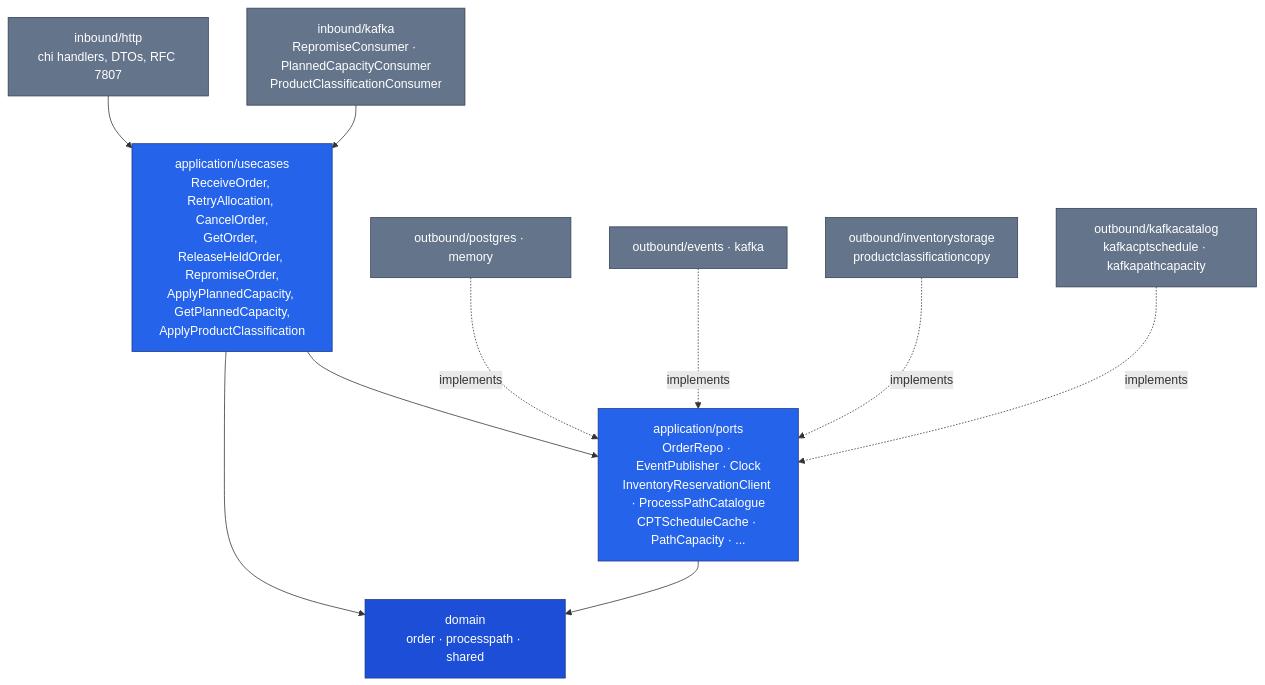
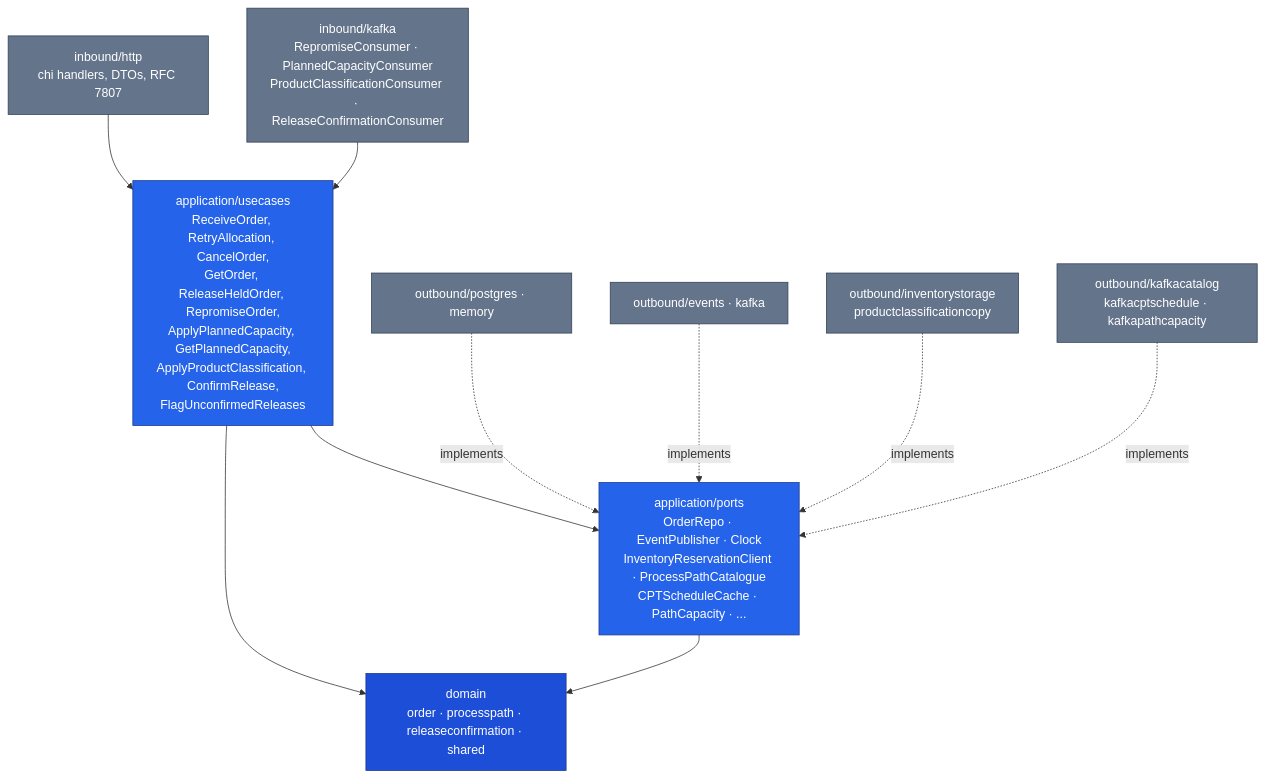
The first of 2 diagrams in docs/docs/overview/architecture.md (IQVO/order-management), drawn with Mermaid before and after one commit. The commit also changed other lines of this file and 22 other files, not shown here.

First line of the commit message:
docs: release confirmation loop (ADR 0043) in the runbook, configuration, integration, README and DDD pages

````diff
--- a/docs/docs/overview/architecture.md
+++ b/docs/docs/overview/architecture.md
@@ -79,29 +87,29 @@
 ```mermaid
 flowchart TB
   HTTP["inbound/http<br/>chi handlers, DTOs, RFC 7807"]
-  KIN["inbound/kafka<br/>RepromiseConsumer · PlannedCapacityConsumer<br/>ProductClassificationConsumer"]
-  UC["application/usecases<br/>ReceiveOrder, RetryAllocation, CancelOrder,<br/>GetOrder, ReleaseHeldOrder, RepromiseOrder,<br/>ApplyPlannedCapacity, GetPlannedCapacity,<br/>ApplyProductClassification"]
+  KIN["inbound/kafka<br/>RepromiseConsumer · PlannedCapacityConsumer<br/>ProductClassificationConsumer · ReleaseConfirmationConsumer"]
+  UC["application/usecases<br/>ReceiveOrder, RetryAllocation, CancelOrder,<br/>GetOrder, ReleaseHeldOrder, RepromiseOrder,<br/>ApplyPlannedCapacity, GetPlannedCapacity,<br/>ApplyProductClassification, ConfirmRelease,<br/>FlagUnconfirmedReleases"]
   P["application/ports<br/>OrderRepo · EventPublisher · Clock<br/>InventoryReservationClient · ProcessPathCatalogue<br/>CPTScheduleCache · PathCapacity · ..."]
-  D["domain<br/>order · processpath · shared"]
+  D["domain<br/>order · processpath · releaseconfirmation · shared"]
   PG["outbound/postgres · memory"]
   EV["outbound/events · kafka"]
   INVC["outbound/inventorystorage<br/>productclassificationcopy"]
   CACHE["outbound/kafkacatalog<br/>kafkacptschedule · kafkapathcapacity"]
 
   HTTP --> UC
   KIN --> UC
   UC --> P
   UC --> D
   P --> D
   PG -.implements.-> P
   EV -.implements.-> P
   INVC -.implements.-> P
   CACHE -.implements.-> P
 
   classDef dom fill:#1d4ed8,stroke:#1e3a8a,color:#fff;
   classDef app fill:#2563eb,stroke:#1e3a8a,color:#fff;
   classDef adp fill:#64748b,stroke:#334155,color:#fff;
   class D dom;
   class UC,P app;
   class HTTP,KIN,PG,EV,INVC,CACHE adp;
 ```
````
